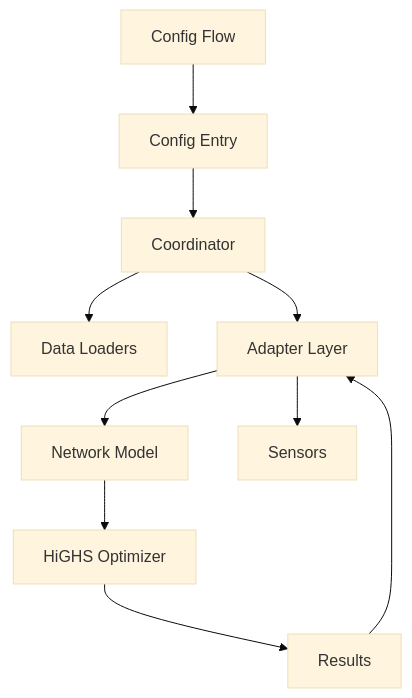
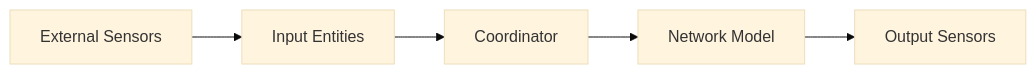
One commit to hass-energy/haeo changed the second of 2 diagrams in docs/developer-guide/architecture.md. Above: the diagram before and after it, drawn with Mermaid (base theme). The commit also changed other lines of this file and 25 other files, not shown here.

````diff
--- a/docs/developer-guide/architecture.md
+++ b/docs/developer-guide/architecture.md
@@ -45,12 +45,7 @@
 ```mermaid
-graph TD
-    CF[Config Flow] --> CE[Config Entry]
-    CE --> Coord[Coordinator]
-    Coord --> Loaders[Data Loaders]
-    Coord --> Adapt[Adapter Layer]
-    Adapt --> Model[Network Model]
-    Model --> Optimizer[HiGHS Optimizer]
-    Optimizer --> Results[Results]
-    Results --> Adapt
-    Adapt --> Sensors[Sensors]
+graph LR
+    Sensors[External Sensors] --> IE[Input Entities]
+    IE --> Coord[Coordinator]
+    Coord --> Model[Network Model]
+    Model --> Sensors2[Output Sensors]
 ```
````
